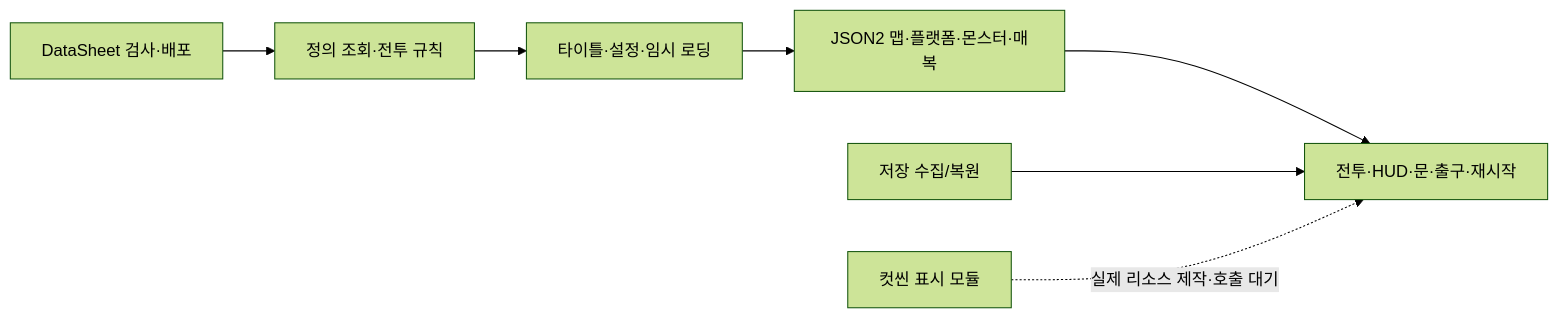
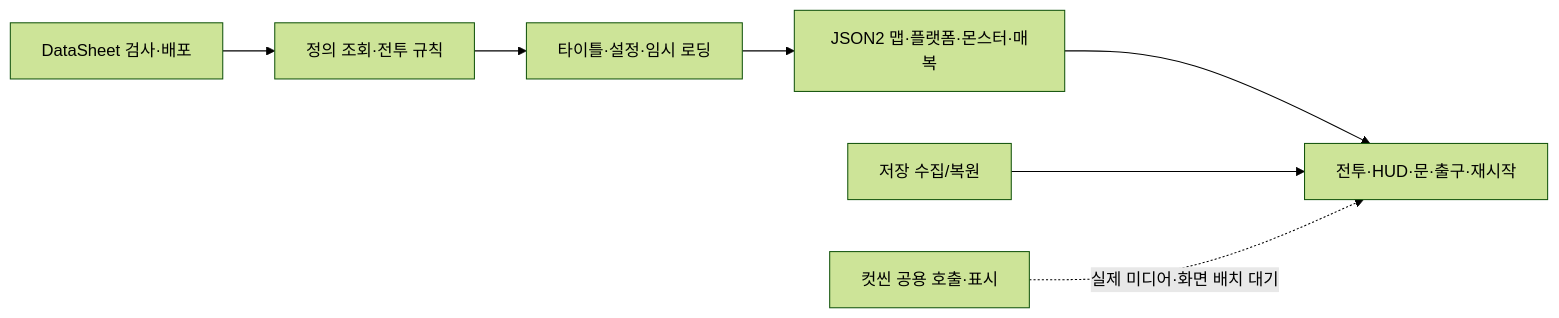
The first of 3 diagrams in README.md (lkhwcf-arch/Human_Ghost-), drawn with Mermaid (forest theme) before and after one commit. The commit also changed other lines of this file and 29 other files, not shown here.

````diff
--- a/README.md
+++ b/README.md
@@ -68,9 +68,9 @@
 ```mermaid
 flowchart LR
     A[DataSheet 검사·배포] --> B[정의 조회·전투 규칙]
     B --> C[타이틀·설정·임시 로딩]
     C --> D[JSON2 맵·플랫폼·몬스터·매복]
     D --> E[전투·HUD·문·출구·재시작]
     F[저장 수집/복원] --> E
-    G[컷씬 표시 모듈] -.실제 리소스 제작·호출 대기.-> E
+    G[컷씬 공용 호출·표시] -.실제 미디어·화면 배치 대기.-> E
 ```
````
